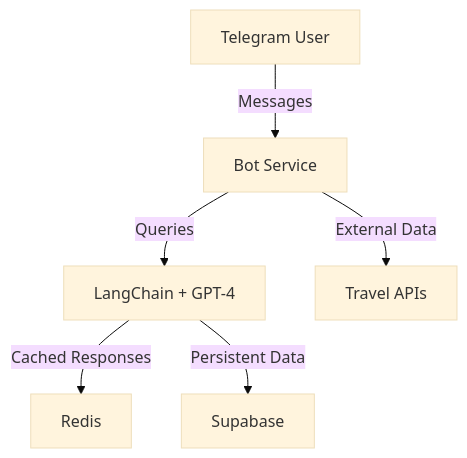
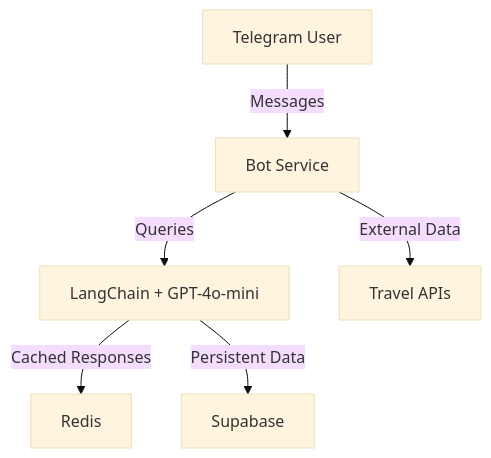
Before and after one commit to esakrissa/telegram-langchain: the diagram in README.md, drawn with Mermaid (base theme). The commit also changed other lines of this file, not shown here.

````diff
--- a/README.md
+++ b/README.md
@@ -41,8 +51,8 @@
 ```mermaid
 graph TD
     A[Telegram User] -->|Messages| B[Bot Service]
-    B -->|Queries| C[LangChain + GPT-4]
+    B -->|Queries| C[LangChain + GPT-4o-mini]
     C -->|Cached Responses| D[Redis]
     C -->|Persistent Data| E[Supabase]
     B -->|External Data| F[Travel APIs]
 ```
````
